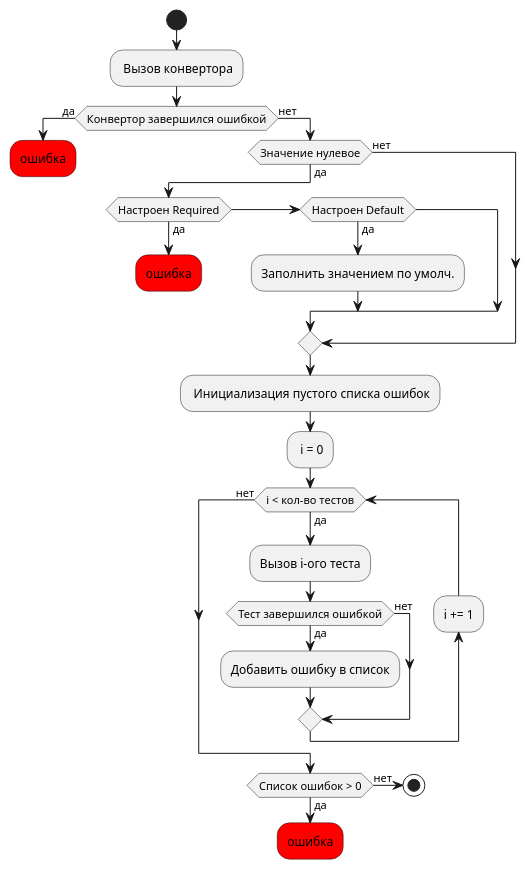
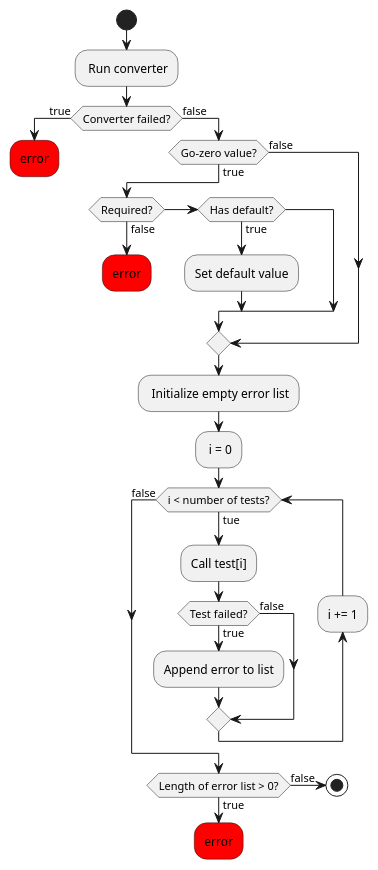
One commit to egsam98/ecto changed the diagram in atomic_schema.puml. Above: the diagram before and after it, drawn with PlantUML.

Commit message:
translate plantuml

```diff
--- a/atomic_schema.puml
+++ b/atomic_schema.puml
@@ -1,41 +1,41 @@
 @startuml
 start
 
-- Вызов конвертора
-if (Конвертор завершился ошибкой) then (да)
-    #red :ошибка;
+- Run converter
+if (Converter failed?) then (true)
+    #red :error;
     kill
-else (нет)
-    if (Значение нулевое) then (да)
-        if (Настроен Required) then (да)
-            #red :ошибка;
+else (false)
+    if (Go-zero value?) then (true)
+        if (Required?) then (false)
+            #red :error;
             kill
-        elseif (Настроен Default) then (да)
-            :Заполнить значением по умолч.;
+        elseif (Has default?) then (true)
+            :Set default value;
         endif
-    else (нет)
+    else (false)
     endif
 
-    - Инициализация пустого списка ошибок
+    - Initialize empty error list
 
     - i = 0
-    while (i < кол-во тестов) is (да)
-        :Вызов i-ого теста;
+    while (i < number of tests?) is (tue)
+        :Call test[i];
 
-        if (Тест завершился ошибкой) then (да)
-            :Добавить ошибку в список;
-        else (нет)
+        if (Test failed?) then (true)
+            :Append error to list;
+        else (false)
         endif
 
         backward :i += 1;
-    endwhile (нет)
+    endwhile (false)
 
-    if (Список ошибок > 0) then (да)
-        #red :ошибка;
+    if (Length of error list > 0?) then (true)
+        #red :error;
         kill
-    else (нет)
+    else (false)
         stop
     endif
 endif
 
 @enduml
```
